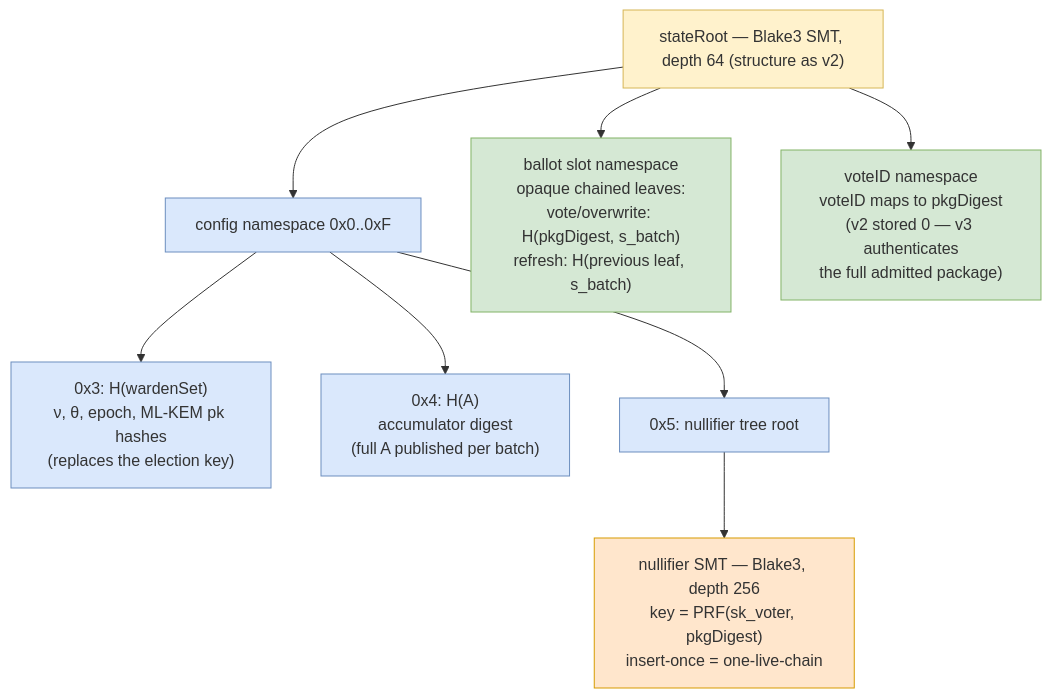
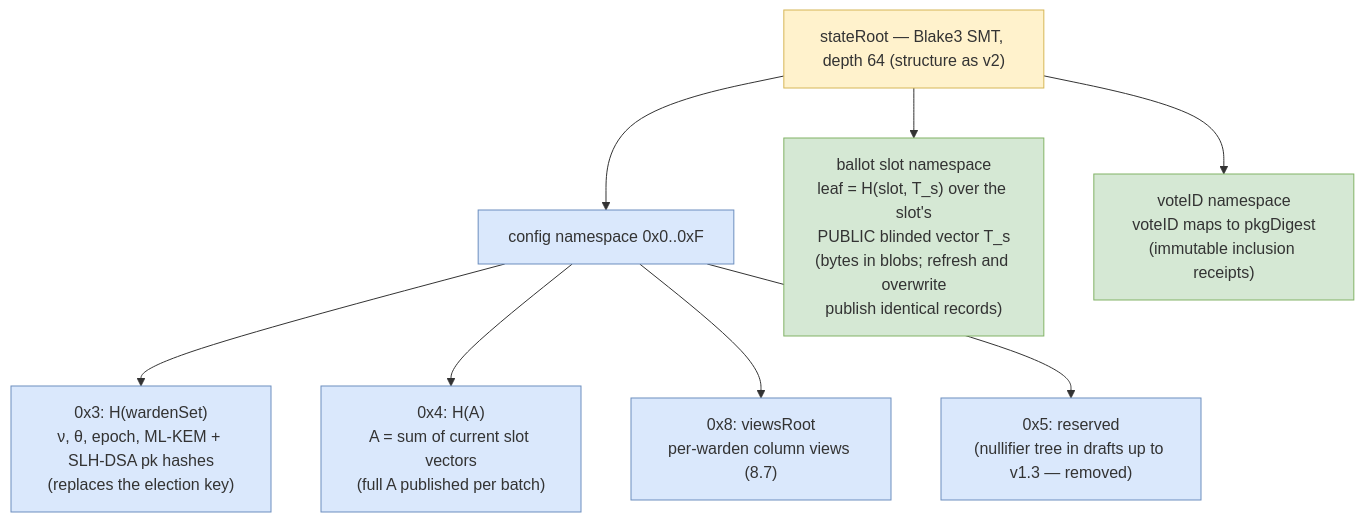
The diagram in v3-pq/figures/src/state-tree-v3.mmd (vocdoni/davinci-paper), drawn with Mermaid before and after one commit. The commit also changed 6 other files, not shown here.

First line of the commit message:
feat(v3-pq): spec v1.4 — blinded-slot mainline

```diff
--- a/v3-pq/figures/src/state-tree-v3.mmd
+++ b/v3-pq/figures/src/state-tree-v3.mmd
@@ -1,13 +1,12 @@
 flowchart TD
   classDef root fill:#fff2cc,stroke:#d6b656;
   classDef cfg fill:#dae8fc,stroke:#6c8ebf;
   classDef ns fill:#d5e8d4,stroke:#82b366;
-  classDef nul fill:#ffe6cc,stroke:#d79b00;
   R["stateRoot — Blake3 SMT, depth 64 (structure as v2)"]:::root
   R --> C["config namespace 0x0..0xF"]:::cfg
-  R --> SL["ballot slot namespace<br/>opaque chained leaves:<br/>vote/overwrite: H(pkgDigest, s_batch)<br/>refresh: H(previous leaf, s_batch)"]:::ns
-  R --> V["voteID namespace<br/>voteID maps to pkgDigest<br/>(v2 stored 0 — v3 authenticates<br/>the full admitted package)"]:::ns
-  C --> C3["0x3: H(wardenSet)<br/>ν, θ, epoch, ML-KEM pk hashes<br/>(replaces the election key)"]:::cfg
-  C --> C4["0x4: H(A)<br/>accumulator digest<br/>(full A published per batch)"]:::cfg
-  C --> C5["0x5: nullifier tree root"]:::cfg
-  C5 --> N["nullifier SMT — Blake3, depth 256<br/>key = PRF(sk_voter, pkgDigest)<br/>insert-once = one-live-chain"]:::nul
+  R --> SL["ballot slot namespace<br/>leaf = H(slot, T_s) over the slot's<br/>PUBLIC blinded vector T_s<br/>(bytes in blobs; refresh and overwrite<br/>publish identical records)"]:::ns
+  R --> V["voteID namespace<br/>voteID maps to pkgDigest<br/>(immutable inclusion receipts)"]:::ns
+  C --> C3["0x3: H(wardenSet)<br/>ν, θ, epoch, ML-KEM + SLH-DSA pk hashes<br/>(replaces the election key)"]:::cfg
+  C --> C4["0x4: H(A)<br/>A = sum of current slot vectors<br/>(full A published per batch)"]:::cfg
+  C --> C8["0x8: viewsRoot<br/>per-warden column views (8.7)"]:::cfg
+  C --> C5["0x5: reserved<br/>(nullifier tree in drafts up to v1.3 — removed)"]:::cfg
```
